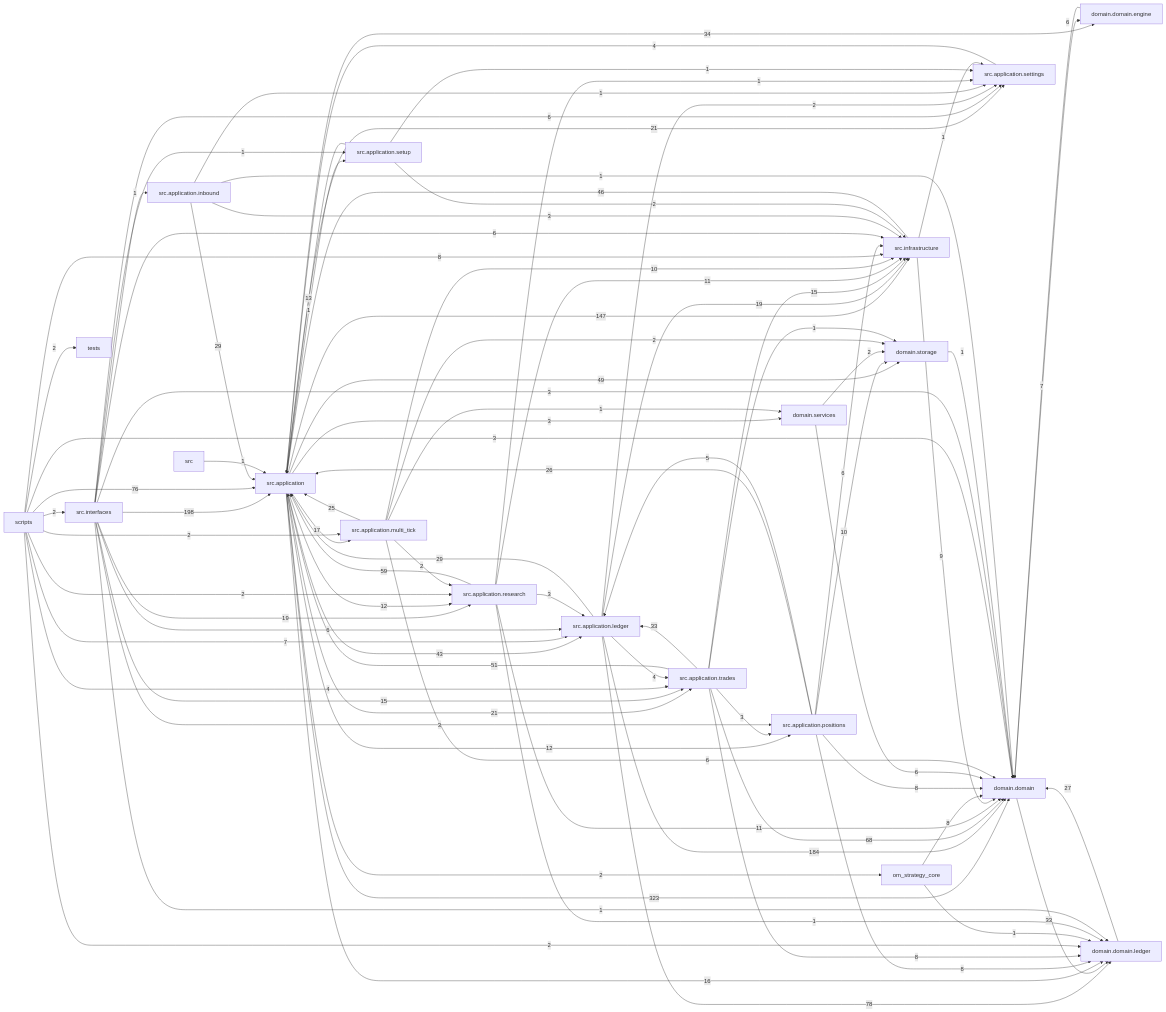
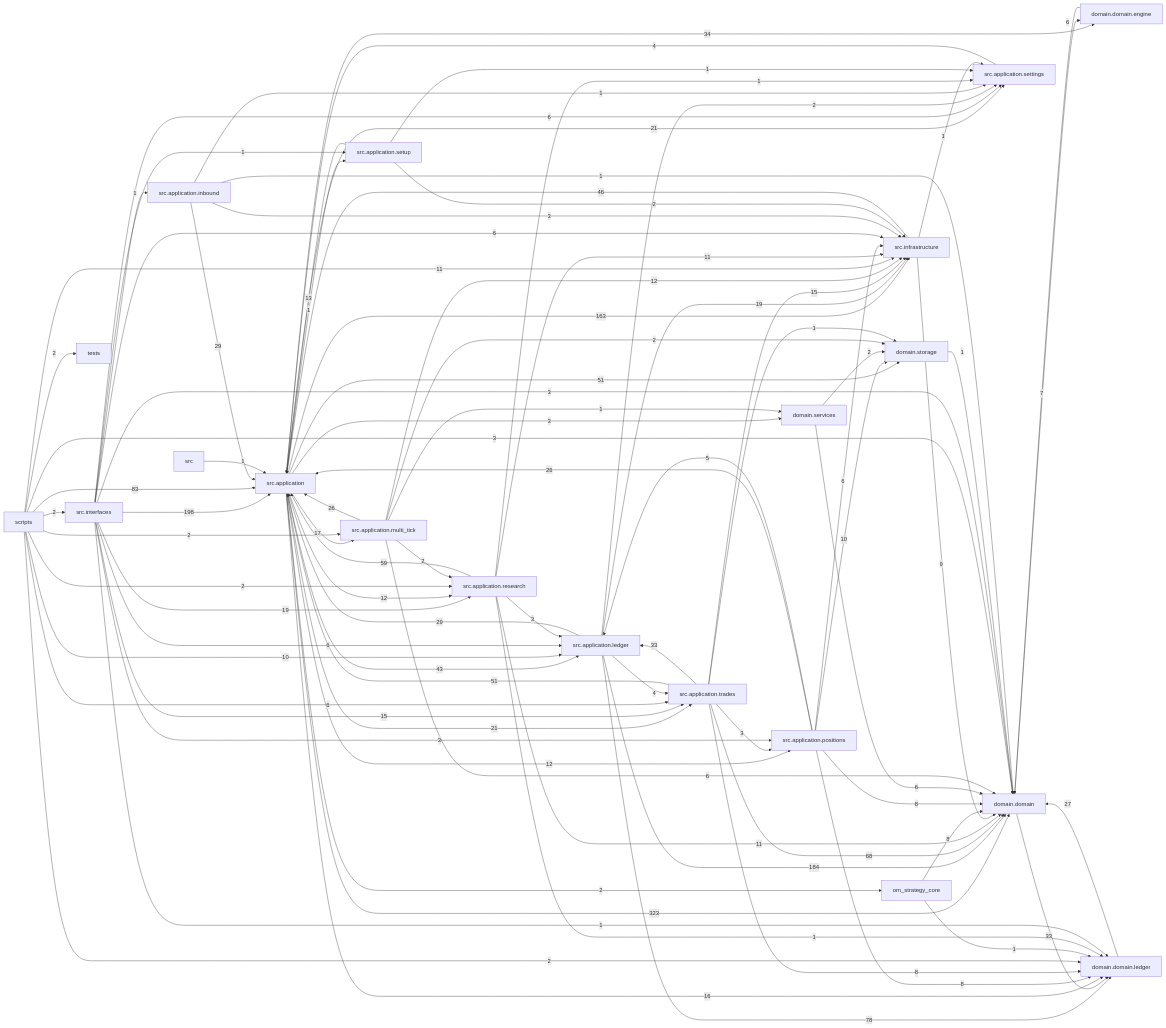
Before and after one commit to liuxie066/options-monitor: the diagram in docs/dependency_graph.mmd, drawn with Mermaid. The commit also changed 62 other files, not shown here.

```diff
--- a/docs/dependency_graph.mmd
+++ b/docs/dependency_graph.mmd
@@ -1,88 +1,88 @@
 flowchart LR
   src_application["src.application"] -->|323| domain_domain["domain.domain"]
   src_interfaces["src.interfaces"] -->|198| src_application["src.application"]
   src_application_ledger["src.application.ledger"] -->|184| domain_domain["domain.domain"]
-  src_application["src.application"] -->|147| src_infrastructure["src.infrastructure"]
+  src_application["src.application"] -->|163| src_infrastructure["src.infrastructure"]
+  scripts["scripts"] -->|83| src_application["src.application"]
   src_application_ledger["src.application.ledger"] -->|78| domain_domain_ledger["domain.domain.ledger"]
-  scripts["scripts"] -->|76| src_application["src.application"]
   src_application_trades["src.application.trades"] -->|68| domain_domain["domain.domain"]
   src_application_research["src.application.research"] -->|59| src_application["src.application"]
+  src_application["src.application"] -->|51| domain_storage["domain.storage"]
   src_application_trades["src.application.trades"] -->|51| src_application["src.application"]
-  src_application["src.application"] -->|49| domain_storage["domain.storage"]
   src_infrastructure["src.infrastructure"] -->|46| src_application["src.application"]
   src_application["src.application"] -->|43| src_application_ledger["src.application.ledger"]
   src_application["src.application"] -->|34| domain_domain_engine["domain.domain.engine"]
   domain_domain["domain.domain"] -->|33| domain_domain_ledger["domain.domain.ledger"]
   src_application_trades["src.application.trades"] -->|33| src_application_ledger["src.application.ledger"]
   src_application_inbound["src.application.inbound"] -->|29| src_application["src.application"]
   src_application_ledger["src.application.ledger"] -->|29| src_application["src.application"]
   domain_domain_ledger["domain.domain.ledger"] -->|27| domain_domain["domain.domain"]
+  src_application_multi_tick["src.application.multi_tick"] -->|26| src_application["src.application"]
   src_application_positions["src.application.positions"] -->|26| src_application["src.application"]
-  src_application_multi_tick["src.application.multi_tick"] -->|25| src_application["src.application"]
   src_application["src.application"] -->|21| src_application_settings["src.application.settings"]
   src_application["src.application"] -->|21| src_application_trades["src.application.trades"]
   src_application_ledger["src.application.ledger"] -->|19| src_infrastructure["src.infrastructure"]
   src_interfaces["src.interfaces"] -->|19| src_application_research["src.application.research"]
   src_application["src.application"] -->|17| src_application_multi_tick["src.application.multi_tick"]
   src_application["src.application"] -->|16| domain_domain_ledger["domain.domain.ledger"]
   src_application_trades["src.application.trades"] -->|15| src_infrastructure["src.infrastructure"]
   src_interfaces["src.interfaces"] -->|15| src_application_trades["src.application.trades"]
   src_application_setup["src.application.setup"] -->|13| src_application["src.application"]
   src_application["src.application"] -->|12| src_application_positions["src.application.positions"]
   src_application["src.application"] -->|12| src_application_research["src.application.research"]
+  src_application_multi_tick["src.application.multi_tick"] -->|12| src_infrastructure["src.infrastructure"]
+  scripts["scripts"] -->|11| src_infrastructure["src.infrastructure"]
   src_application_research["src.application.research"] -->|11| domain_domain["domain.domain"]
   src_application_research["src.application.research"] -->|11| src_infrastructure["src.infrastructure"]
-  src_application_multi_tick["src.application.multi_tick"] -->|10| src_infrastructure["src.infrastructure"]
+  scripts["scripts"] -->|10| src_application_ledger["src.application.ledger"]
   src_application_positions["src.application.positions"] -->|10| domain_storage["domain.storage"]
   src_infrastructure["src.infrastructure"] -->|9| domain_domain["domain.domain"]
   om_strategy_core["om_strategy_core"] -->|8| domain_domain["domain.domain"]
-  scripts["scripts"] -->|8| src_infrastructure["src.infrastructure"]
   src_application_positions["src.application.positions"] -->|8| domain_domain["domain.domain"]
   src_application_positions["src.application.positions"] -->|8| domain_domain_ledger["domain.domain.ledger"]
   src_application_trades["src.application.trades"] -->|8| domain_domain_ledger["domain.domain.ledger"]
   domain_domain_engine["domain.domain.engine"] -->|7| domain_domain["domain.domain"]
-  scripts["scripts"] -->|7| src_application_ledger["src.application.ledger"]
   domain_domain["domain.domain"] -->|6| domain_domain_engine["domain.domain.engine"]
   domain_services["domain.services"] -->|6| domain_domain["domain.domain"]
+  scripts["scripts"] -->|6| src_application_trades["src.application.trades"]
   src_application_multi_tick["src.application.multi_tick"] -->|6| domain_domain["domain.domain"]
   src_application_positions["src.application.positions"] -->|6| src_infrastructure["src.infrastructure"]
   src_interfaces["src.interfaces"] -->|6| src_application_ledger["src.application.ledger"]
   src_interfaces["src.interfaces"] -->|6| src_application_settings["src.application.settings"]
   src_interfaces["src.interfaces"] -->|6| src_infrastructure["src.infrastructure"]
   src_application_positions["src.application.positions"] -->|5| src_application_ledger["src.application.ledger"]
-  scripts["scripts"] -->|4| src_application_trades["src.application.trades"]
   src_application_ledger["src.application.ledger"] -->|4| src_application_trades["src.application.trades"]
   src_application_settings["src.application.settings"] -->|4| src_application["src.application"]
   scripts["scripts"] -->|3| domain_domain["domain.domain"]
   src_application["src.application"] -->|3| domain_services["domain.services"]
   src_application_inbound["src.application.inbound"] -->|3| src_infrastructure["src.infrastructure"]
   src_application_research["src.application.research"] -->|3| src_application_ledger["src.application.ledger"]
   src_application_trades["src.application.trades"] -->|3| src_application_positions["src.application.positions"]
   src_interfaces["src.interfaces"] -->|3| domain_domain["domain.domain"]
   src_interfaces["src.interfaces"] -->|3| src_application_positions["src.application.positions"]
   domain_services["domain.services"] -->|2| domain_storage["domain.storage"]
   scripts["scripts"] -->|2| domain_domain_ledger["domain.domain.ledger"]
   scripts["scripts"] -->|2| src_application_multi_tick["src.application.multi_tick"]
   scripts["scripts"] -->|2| src_application_research["src.application.research"]
   scripts["scripts"] -->|2| src_interfaces["src.interfaces"]
   scripts["scripts"] -->|2| tests["tests"]
   src_application["src.application"] -->|2| om_strategy_core["om_strategy_core"]
   src_application_ledger["src.application.ledger"] -->|2| src_application_settings["src.application.settings"]
   src_application_multi_tick["src.application.multi_tick"] -->|2| domain_storage["domain.storage"]
   src_application_multi_tick["src.application.multi_tick"] -->|2| src_application_research["src.application.research"]
   src_application_setup["src.application.setup"] -->|2| src_infrastructure["src.infrastructure"]
   domain_storage["domain.storage"] -->|1| domain_domain["domain.domain"]
   om_strategy_core["om_strategy_core"] -->|1| domain_domain_ledger["domain.domain.ledger"]
   src["src"] -->|1| src_application["src.application"]
   src_application["src.application"] -->|1| src_application_setup["src.application.setup"]
   src_application_inbound["src.application.inbound"] -->|1| domain_domain["domain.domain"]
   src_application_inbound["src.application.inbound"] -->|1| src_application_settings["src.application.settings"]
   src_application_multi_tick["src.application.multi_tick"] -->|1| domain_services["domain.services"]
   src_application_research["src.application.research"] -->|1| domain_domain_ledger["domain.domain.ledger"]
   src_application_research["src.application.research"] -->|1| src_application_settings["src.application.settings"]
   src_application_setup["src.application.setup"] -->|1| src_application_settings["src.application.settings"]
   src_application_trades["src.application.trades"] -->|1| domain_storage["domain.storage"]
   src_infrastructure["src.infrastructure"] -->|1| src_application_settings["src.application.settings"]
   src_interfaces["src.interfaces"] -->|1| domain_domain_ledger["domain.domain.ledger"]
   src_interfaces["src.interfaces"] -->|1| src_application_inbound["src.application.inbound"]
   src_interfaces["src.interfaces"] -->|1| src_application_setup["src.application.setup"]
```
